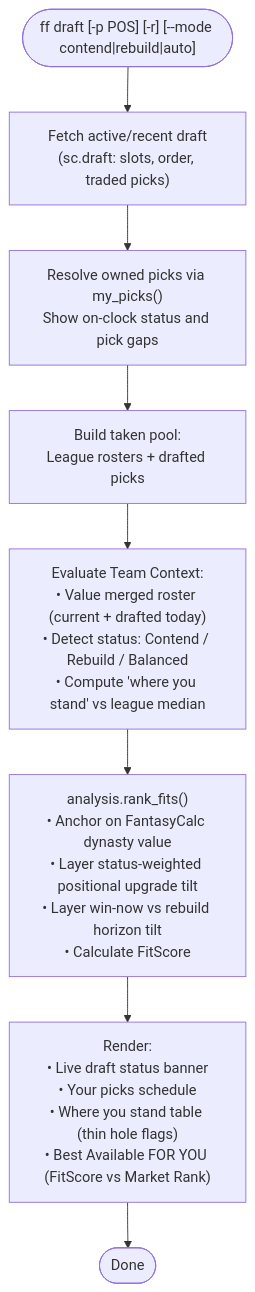
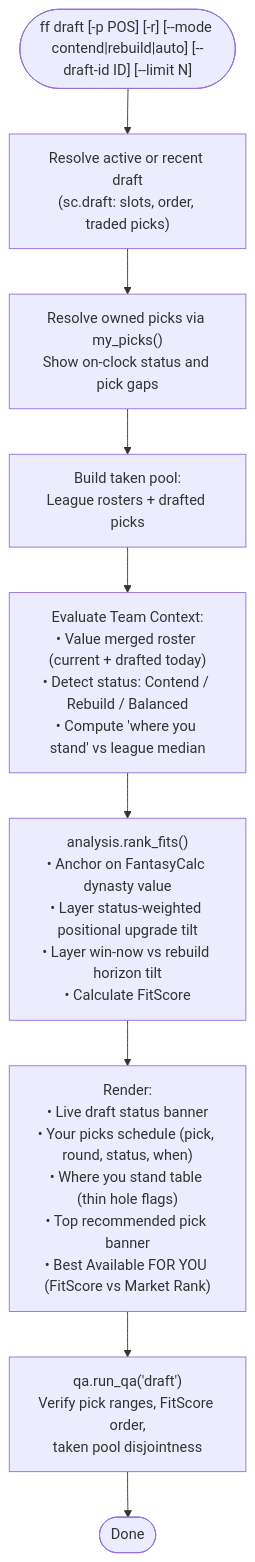
One commit to savvides/ff changed diagram 14 of 17 in README.md. Above: the diagram before and after it, drawn with Mermaid. The commit also changed other lines of this file and 26 other files, not shown here.

````diff
--- a/README.md
+++ b/README.md
@@ -356,10 +379,11 @@
 ```mermaid
 flowchart TD
-    Start(["ff draft [-p POS] [-r] [--mode contend|rebuild|auto]"]) --> FetchDraft["Fetch active/recent draft\n(sc.draft: slots, order, traded picks)"]
-    FetchDraft --> PickStatus["Resolve owned picks via my_picks()\nShow on-clock status and pick gaps"]
+    Start(["ff draft [-p POS] [-r] [--mode contend|rebuild|auto] [--draft-id ID] [--limit N]"]) --> ResolveDraft["Resolve active or recent draft\n(sc.draft: slots, order, traded picks)"]
+    ResolveDraft --> PickStatus["Resolve owned picks via my_picks()\nShow on-clock status and pick gaps"]
     PickStatus --> Unavailable["Build taken pool:\nLeague rosters + drafted picks"]
     Unavailable --> TeamEval["Evaluate Team Context:\n• Value merged roster (current + drafted today)\n• Detect status: Contend / Rebuild / Balanced\n• Compute 'where you stand' vs league median"]
     TeamEval --> FitEngine["analysis.rank_fits()\n• Anchor on FantasyCalc dynasty value\n• Layer status-weighted positional upgrade tilt\n• Layer win-now vs rebuild horizon tilt\n• Calculate FitScore"]
-    FitEngine --> Render["Render:\n• Live draft status banner\n• Your picks schedule\n• Where you stand table (thin hole flags)\n• Best Available FOR YOU (FitScore vs Market Rank)"]
-    Render --> Done(["Done"])
+    FitEngine --> Render["Render:\n• Live draft status banner\n• Your picks schedule (pick, round, status, when)\n• Where you stand table (thin hole flags)\n• Top recommended pick banner\n• Best Available FOR YOU (FitScore vs Market Rank)"]
+    Render --> QA["qa.run_qa('draft')\nVerify pick ranges, FitScore order,\ntaken pool disjointness"]
+    QA --> Done(["Done"])
 ```
````
